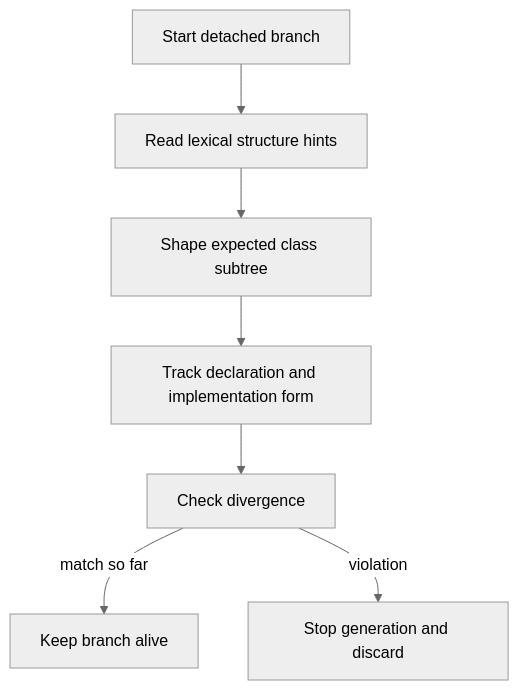
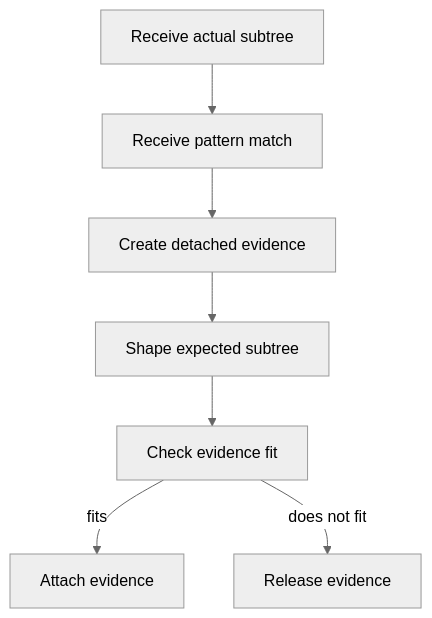
The diagram in docs/Codebase/Microservice/Modules/Source/Trees/ClassGeneration/VirtualBroken/core.cpp.md (JohnAndrewBalbarosa/NeoTerritory), drawn with Mermaid (neutral theme) before and after one commit. The commit also changed other lines of this file and 717 other files, not shown here.

````diff
--- a/docs/Codebase/Microservice/Modules/Source/Trees/ClassGeneration/VirtualBroken/core.cpp.md
+++ b/docs/Codebase/Microservice/Modules/Source/Trees/ClassGeneration/VirtualBroken/core.cpp.md
@@ -20,13 +20,13 @@
 ```mermaid
 flowchart TD
-    N0["Start detached branch"]
-    N1["Read lexical structure hints"]
-    N2["Shape expected class subtree"]
-    N3["Track declaration and implementation form"]
-    N4["Check divergence"]
-    N5["Keep branch alive"]
-    N6["Stop generation and discard"]
+    N0["Receive actual subtree"]
+    N1["Receive pattern match"]
+    N2["Create detached evidence"]
+    N3["Shape expected subtree"]
+    N4["Check evidence fit"]
+    N5["Attach evidence"]
+    N6["Release evidence"]
     N0 --> N1 --> N2 --> N3 --> N4
-    N4 -->|match so far| N5
-    N4 -->|violation| N6
+    N4 -->|fits| N5
+    N4 -->|does not fit| N6
 ```
````
